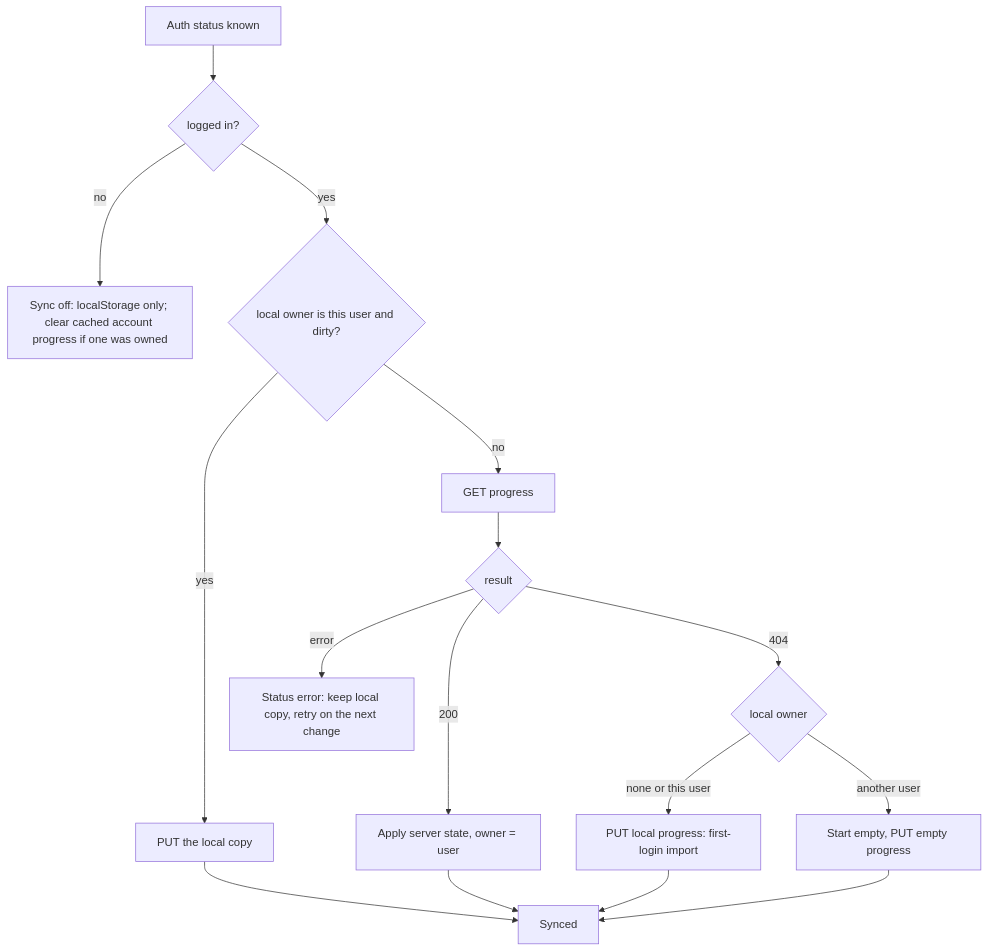
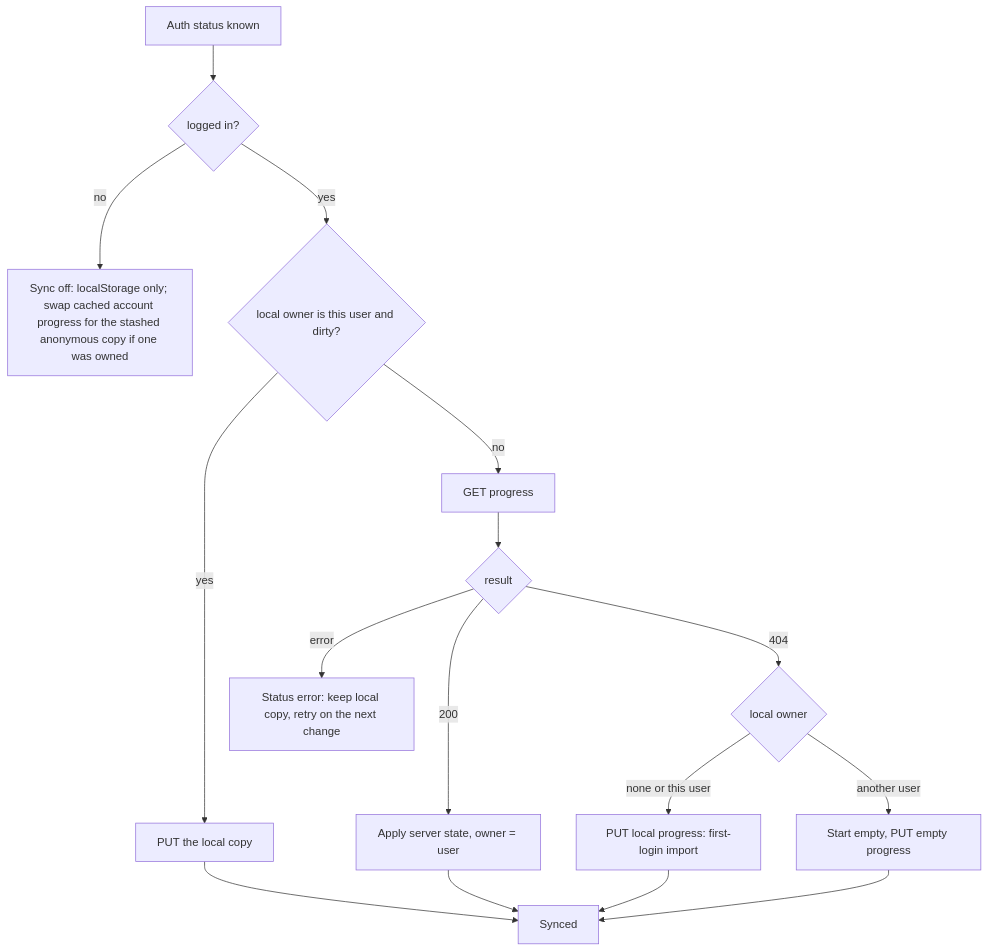
One commit to makeitfine-org/phrasal changed the second of 3 diagrams in docs/diagrams/quiz-progress-flow.md. Above: the diagram before and after it, drawn with Mermaid. The commit also changed other lines of this file and 12 other files, not shown here.

First line of the commit message:
feat(frontend): keep anonymous quiz progress across login and logout

````diff
--- a/docs/diagrams/quiz-progress-flow.md
+++ b/docs/diagrams/quiz-progress-flow.md
@@ -36,18 +36,18 @@
 ```mermaid
 flowchart TD
     S[Auth status known] --> A{logged in?}
-    A -- no --> OFF[Sync off: localStorage only; clear cached account progress if one was owned]
+    A -- no --> OFF[Sync off: localStorage only; swap cached account progress for the stashed anonymous copy if one was owned]
     A -- yes --> D{local owner is this user and dirty?}
     D -- yes --> PUT[PUT the local copy]
     D -- no --> G[GET progress]
     G --> R{result}
     R -- 200 --> AP[Apply server state, owner = user]
     R -- 404 --> O{local owner}
     O -- none or this user --> IMP[PUT local progress: first-login import]
     O -- another user --> EMP[Start empty, PUT empty progress]
     R -- error --> ERR[Status error: keep local copy, retry on the next change]
     PUT --> SYN[Synced]
     AP --> SYN
     IMP --> SYN
     EMP --> SYN
 ```
````
